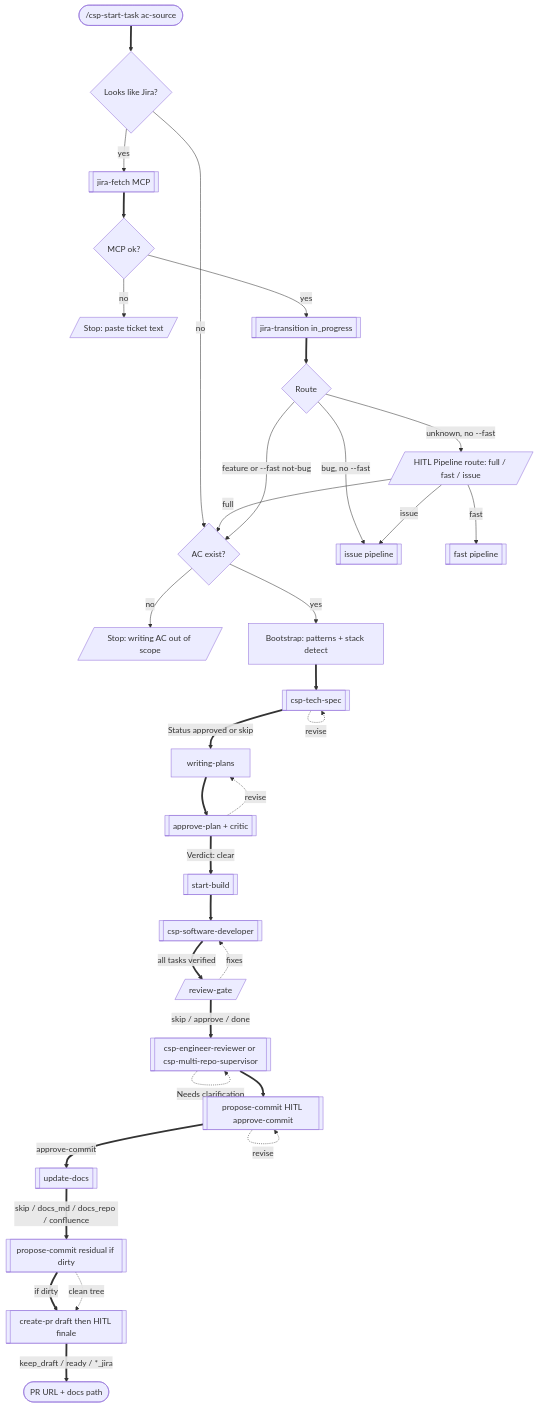
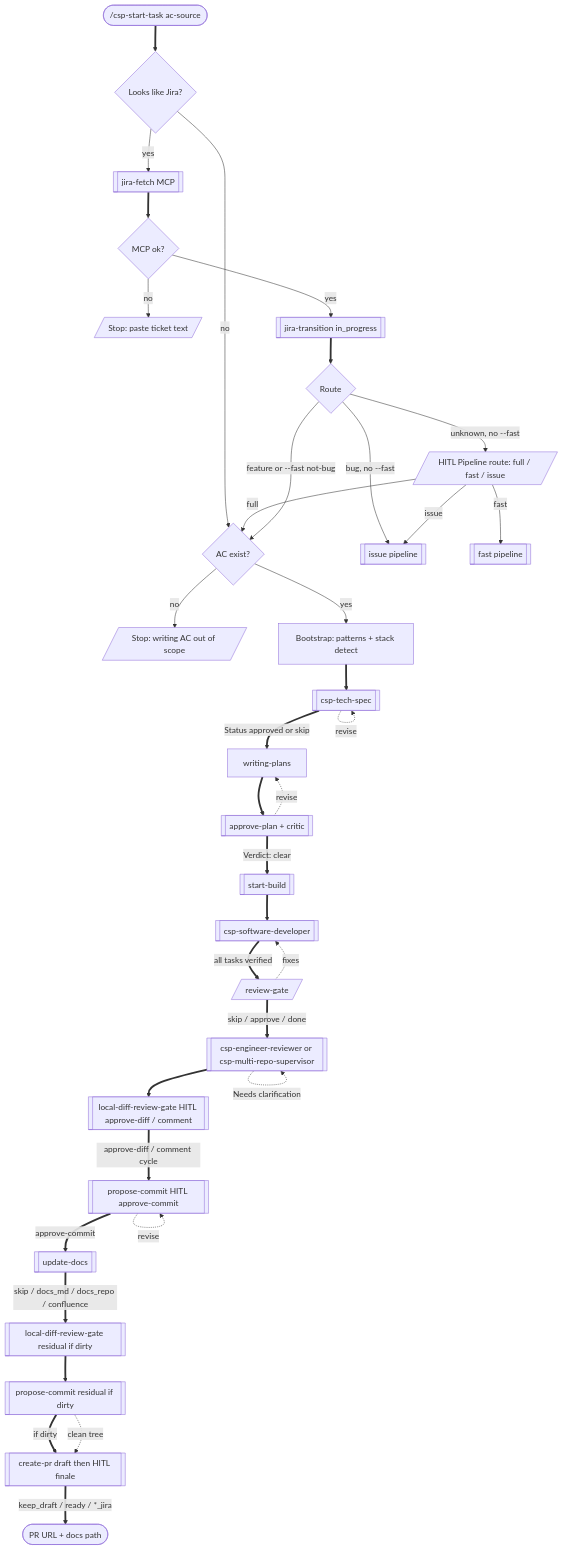
The second of 14 diagrams in docs/superpowers/pipeline-flow.md (a-trembak/cursor-spells), drawn with Mermaid before and after one commit. The commit also changed other lines of this file and 14 other files, not shown here.

First line of the commit message:
feat(engineer-review): add local-diff-review-gate before propose-commit

````diff
--- a/docs/superpowers/pipeline-flow.md
+++ b/docs/superpowers/pipeline-flow.md
@@ -139,60 +143,64 @@
 ```mermaid
 flowchart TD
   startNode(["/csp-start-task ac-source"])
   looksJira{Looks like Jira?}
   fetch[["jira-fetch MCP"]]
   fetchFail{MCP ok?}
   stopPaste[/"Stop: paste ticket text"/]
   inProgress[["jira-transition in_progress"]]
   route{"Route"}
   hitlRoute[/"HITL Pipeline route: full / fast / issue"/]
   noAc{AC exist?}
   stopNoAc[/"Stop: writing AC out of scope"/]
   bootstrap["Bootstrap: patterns + stack detect"]
   techSpec[["csp-tech-spec"]]
   planWrite["writing-plans"]
   approvePlan[["approve-plan + critic"]]
   startBuild[["start-build"]]
   softwareDev[["csp-software-developer"]]
   reviewGate[/"review-gate"/]
   engReview[["csp-engineer-reviewer or csp-multi-repo-supervisor"]]
+  localDiffGate[["local-diff-review-gate HITL approve-diff / comment"]]
   proposeCommit[["propose-commit HITL approve-commit"]]
   updateDocs[["update-docs"]]
+  localDiffGate2[["local-diff-review-gate residual if dirty"]]
   proposeCommit2[["propose-commit residual if dirty"]]
   createPr[["create-pr draft then HITL finale"]]
   doneNode(["PR URL + docs path"])
 
   startNode ==> looksJira
   looksJira -->|"yes"| fetch
   looksJira -->|"no"| noAc
   fetch ==> fetchFail
   fetchFail -->|"no"| stopPaste
   fetchFail -->|"yes"| inProgress
   inProgress ==> route
   route -->|"bug, no --fast"| issuePipe[["issue pipeline"]]
   route -->|"unknown, no --fast"| hitlRoute
   hitlRoute -->|"full"| noAc
   hitlRoute -->|"fast"| fastPipe[["fast pipeline"]]
   hitlRoute -->|"issue"| issuePipe
   route -->|"feature or --fast not-bug"| noAc
   noAc -->|"no"| stopNoAc
   noAc -->|"yes"| bootstrap
   bootstrap ==> techSpec
   techSpec ==>|"Status approved or skip"| planWrite
   techSpec -.->|"revise"| techSpec
   planWrite ==> approvePlan
   approvePlan -.->|"revise"| planWrite
   approvePlan ==>|"Verdict: clear"| startBuild
   startBuild ==> softwareDev
   softwareDev ==>|"all tasks verified"| reviewGate
   reviewGate -.->|"fixes"| softwareDev
   reviewGate ==>|"skip / approve / done"| engReview
   engReview -.->|"Needs clarification"| engReview
-  engReview ==> proposeCommit
+  engReview ==> localDiffGate
+  localDiffGate ==>|"approve-diff / comment cycle"| proposeCommit
   proposeCommit ==>|"approve-commit"| updateDocs
   proposeCommit -.->|"revise"| proposeCommit
-  updateDocs ==>|"skip / docs_md / docs_repo / confluence"| proposeCommit2
+  updateDocs ==>|"skip / docs_md / docs_repo / confluence"| localDiffGate2
+  localDiffGate2 ==> proposeCommit2
   proposeCommit2 ==>|"if dirty"| createPr
   proposeCommit2 -.->|"clean tree"| createPr
   createPr ==>|"keep_draft / ready / *_jira"| doneNode
 ```
````
